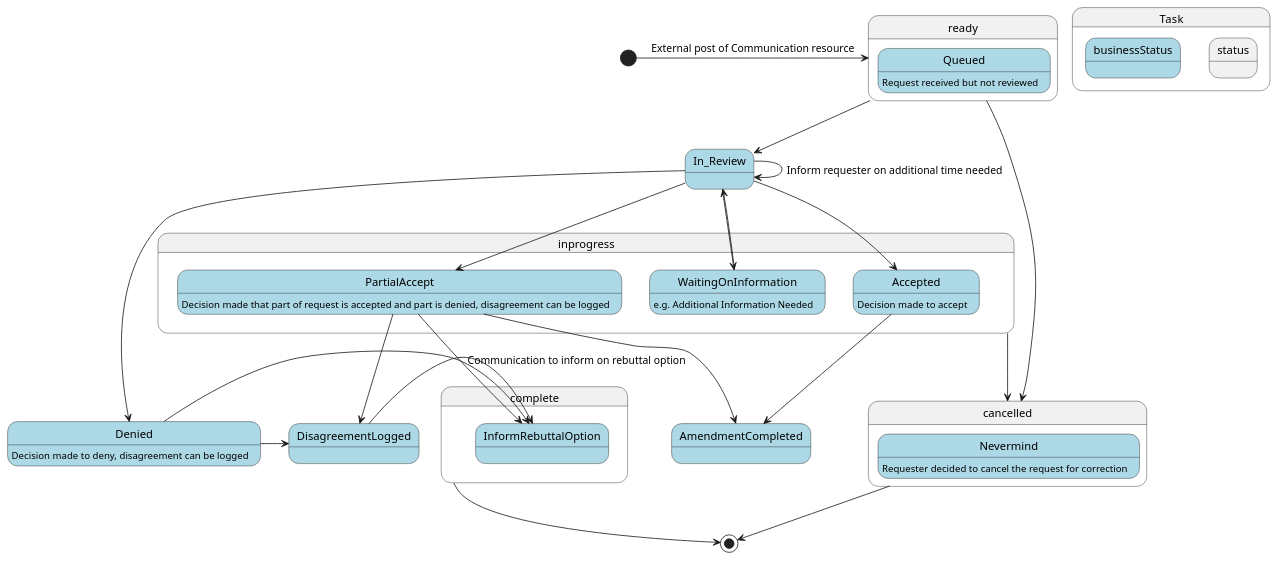
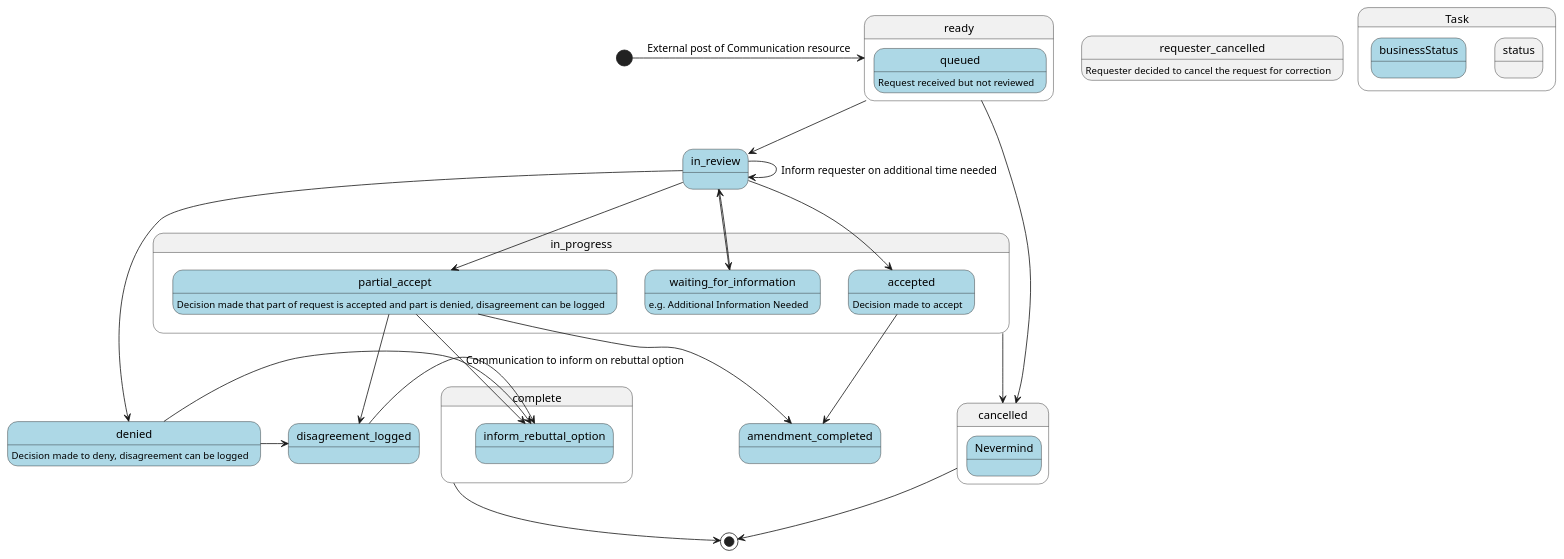
One commit to HL7/fhir-patient-correction changed the diagram in input/images-source/state-diagram.plantuml. Above: the diagram before and after it, drawn with PlantUML. The commit also changed 6 other files, not shown here.

```diff
--- a/input/images-source/state-diagram.plantuml
+++ b/input/images-source/state-diagram.plantuml
@@ -1,64 +1,64 @@
 @startuml
 skinparam svgDimensionStyle false
-[*] -> ready: External post of Communication resource
+[*] -> ready : External post of Communication resource
 state ready {
-  state Queued #lightblue {
+  state queued #lightblue {
   }
 }
-ready --> In_Review
-Queued : Request received but not reviewed
+ready --> in_review
+queued : Request received but not reviewed
 
-state inprogress {
-  state In_Review #lightblue{
+state in_progress {
+  state in_review #lightblue{
   }
-  state WaitingOnInformation #lightblue{
+  state waiting_for_information #lightblue{
   }
-  state Accepted #lightblue{
+  state accepted #lightblue{
   }
-  state PartialAccept #lightblue{
+  state partial_accept #lightblue{
   }
 }
-In_Review --> WaitingOnInformation
-In_Review --> Accepted
-In_Review --> PartialAccept
-In_Review --> In_Review: Inform requester on additional time needed
-WaitingOnInformation --> In_Review
-In_Review --> Denied
-PartialAccept --> AmendmentCompleted
-PartialAccept --> DisagreementLogged
-Accepted --> AmendmentCompleted
-Denied -> DisagreementLogged
-WaitingOnInformation : e.g. Additional Information Needed
-Accepted : Decision made to accept
-PartialAccept : Decision made that part of request is accepted and part is denied, disagreement can be logged
-Denied : Decision made to deny, disagreement can be logged
+in_review --> waiting_for_information
+in_review --> accepted
+in_review --> partial_accept
+in_review --> in_review: Inform requester on additional time needed
+waiting_for_information --> in_review
+in_review --> denied
+partial_accept --> amendment_completed
+partial_accept --> disagreement_logged
+accepted --> amendment_completed
+denied -> disagreement_logged
+waiting_for_information : e.g. Additional Information Needed
+accepted : Decision made to accept
+partial_accept : Decision made that part of request is accepted and part is denied, disagreement can be logged
+denied : Decision made to deny, disagreement can be logged
 
 state cancelled {
   state Nevermind #lightblue {
   }
 }
 cancelled --> [*]
 ready --> cancelled
-inprogress --> cancelled
-Nevermind : Requester decided to cancel the request for correction
+in_progress --> cancelled
+requester_cancelled : Requester decided to cancel the request for correction
 
 state complete {
- state AmendmentCompleted #lightblue{
+ state amendment_completed #lightblue{
  }
- state DisagreementLogged #lightblue{
+ state disagreement_logged #lightblue{
  }
- state Denied #lightblue{
+ state denied #lightblue{
  }
- state InformRebuttalOption #lightblue{
+ state inform_rebuttal_option #lightblue{
  }
 }
-DisagreementLogged -> InformRebuttalOption
-Denied -> InformRebuttalOption
-PartialAccept -> InformRebuttalOption: Communication to inform on rebuttal option
+disagreement_logged -> inform_rebuttal_option
+denied -> inform_rebuttal_option
+partial_accept -> inform_rebuttal_option: Communication to inform on rebuttal option
 complete --> [*]
 
 state Task.status{
 }
 state Task.businessStatus #lightblue {
 }
 @enduml
```
